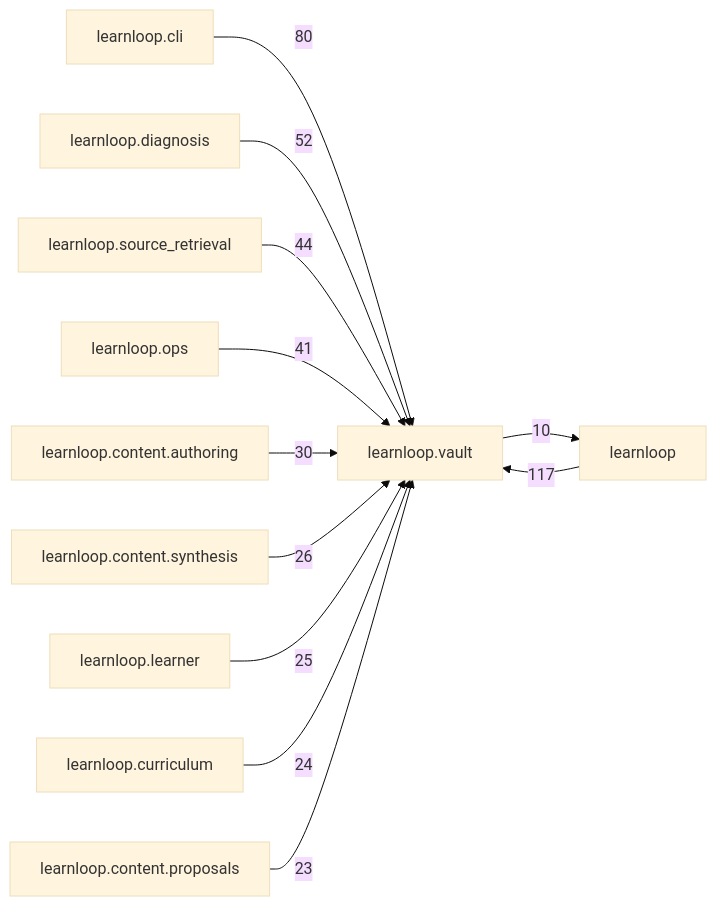
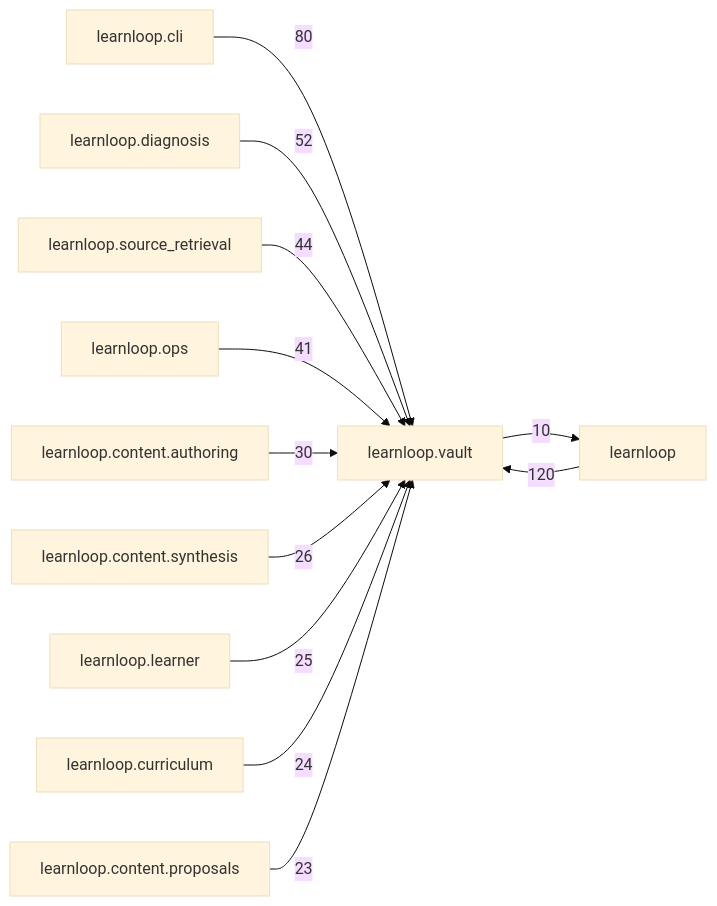
The diagram in docs/learnloop-architecture-vault/Reference/Modules/learnloop/vault/_package.md (6up-b/learnanything), drawn with Mermaid (base theme) before and after one commit. The commit also changed other lines of this file and 575 other files, not shown here.

First line of the commit message:
TE2 landing, references: the architecture reference regenerated on the merged tree (DB and configuration reference, head 248, 1180 effective leaves with the two prose counts; desktop and module catalogs; vault validated)

````diff
--- a/docs/learnloop-architecture-vault/Reference/Modules/learnloop/vault/_package.md
+++ b/docs/learnloop-architecture-vault/Reference/Modules/learnloop/vault/_package.md
@@ -139,25 +139,25 @@
 ```mermaid
 flowchart LR
     center["learnloop.vault"]
     n_learnloop["learnloop"]
     n_learnloop_cli["learnloop.cli"]
     n_learnloop_diagnosis["learnloop.diagnosis"]
     n_learnloop_source_retrieval["learnloop.source_retrieval"]
     n_learnloop_ops["learnloop.ops"]
     n_learnloop_content_authoring["learnloop.content.authoring"]
     n_learnloop_content_synthesis["learnloop.content.synthesis"]
     n_learnloop_learner["learnloop.learner"]
     n_learnloop_curriculum["learnloop.curriculum"]
     n_learnloop_content_proposals["learnloop.content.proposals"]
-    n_learnloop -->|117| center
+    n_learnloop -->|120| center
     center -->|10| n_learnloop
     n_learnloop_cli -->|80| center
     n_learnloop_diagnosis -->|52| center
     n_learnloop_source_retrieval -->|44| center
     n_learnloop_ops -->|41| center
     n_learnloop_content_authoring -->|30| center
     n_learnloop_content_synthesis -->|26| center
     n_learnloop_learner -->|25| center
     n_learnloop_curriculum -->|24| center
     n_learnloop_content_proposals -->|23| center
 ```
````
